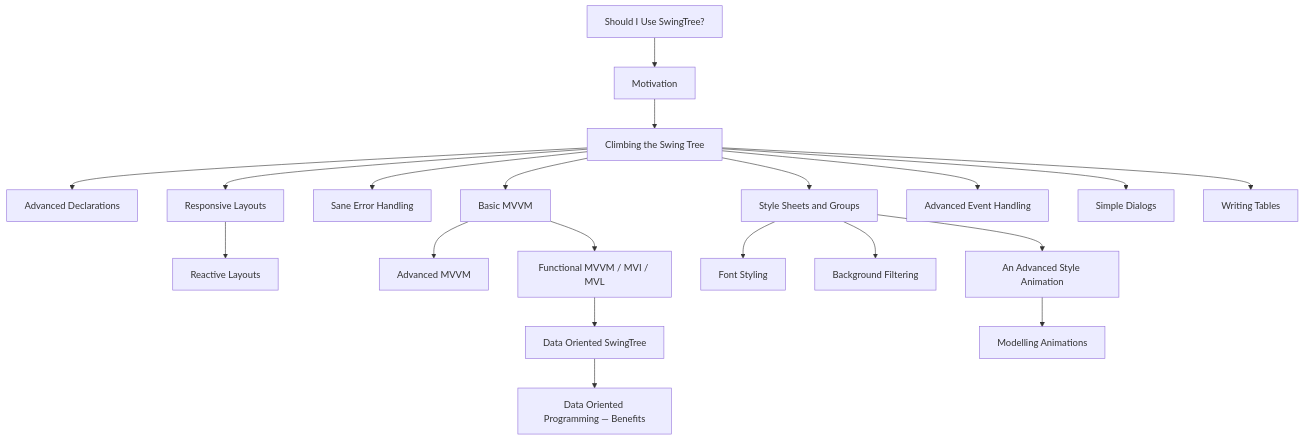
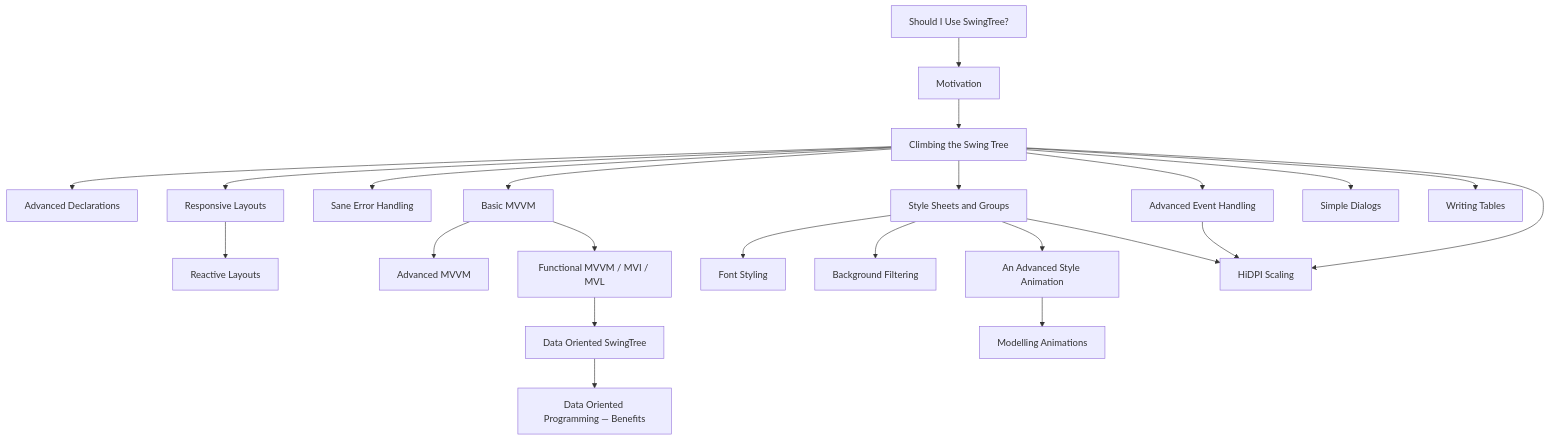
The diagram in docs/markdown/README.md (globaltcad/swing-tree), drawn with Mermaid before and after one commit. The commit also changed other lines of this file and 4 other files, not shown here.

````diff
--- a/docs/markdown/README.md
+++ b/docs/markdown/README.md
@@ -70,22 +76,25 @@
 ```mermaid
 graph TD;
     S[Should I Use SwingTree?] --> M[Motivation]
     M[Motivation] --> C[Climbing the Swing Tree]
     C --> AD[Advanced Declarations]
     C --> RL[Responsive Layouts]
     C --> SAN[Sane Error Handling]
     RL --> RAL[Reactive Layouts]
     C --> BMV[Basic MVVM]
     BMV --> AMV[Advanced MVVM]
     BMV --> FMV[Functional MVVM / MVI / MVL]
     FMV --> DO[Data Oriented SwingTree]
     DO --> DOB[Data Oriented Programming — Benefits]
     C --> SS[Style Sheets and Groups]
     SS --> FS[Font Styling]
     SS --> BF[Background Filtering]
     SS --> ASA[An Advanced Style Animation]
     ASA --> MA[Modelling Animations]
     C --> EH[Advanced Event Handling]
     C --> SD[Simple Dialogs]
     C --> WT[Writing Tables]
+    C --> HDPI[HiDPI Scaling]
+    SS --> HDPI
+    EH --> HDPI
 ```
````
